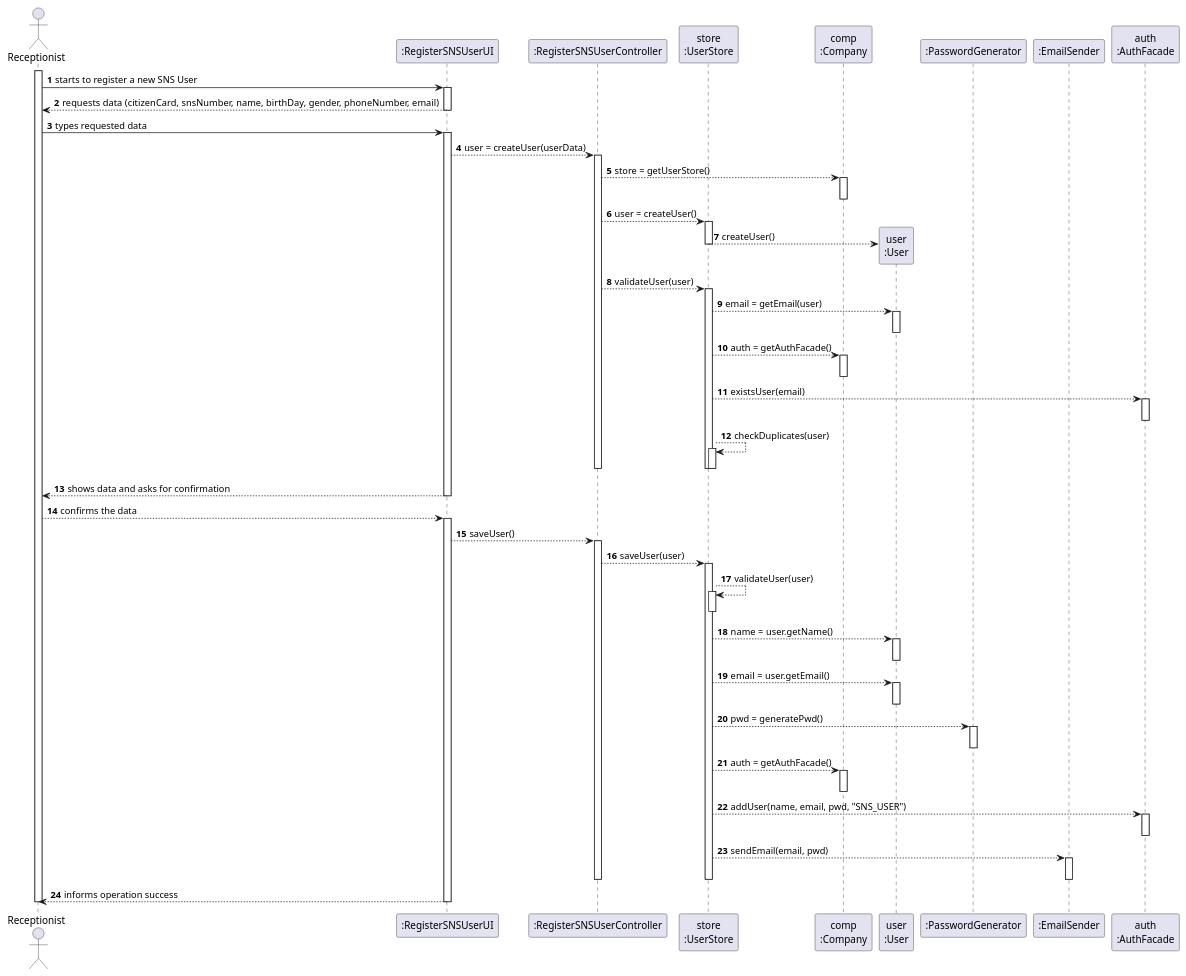
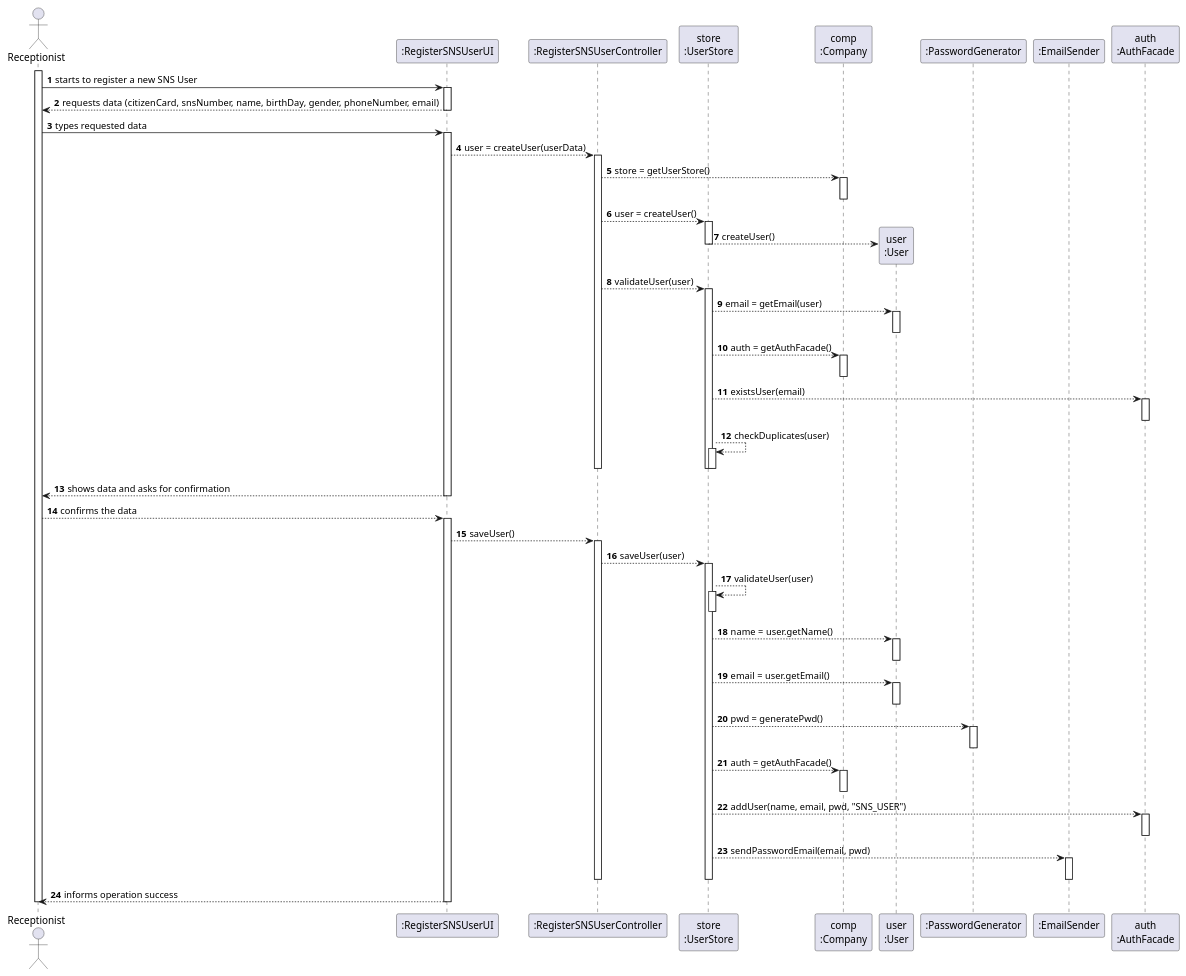
Before and after one commit to miseEnPlace-i/lapr2: the diagram in docs/SprintB/US03/SD/US03_SD.puml, drawn with PlantUML. The commit also changed 3 other files, not shown here.

```diff
--- a/docs/SprintB/US03/SD/US03_SD.puml
+++ b/docs/SprintB/US03/SD/US03_SD.puml
@@ -1,110 +1,110 @@
 @startuml Sequence Diagram
 autonumber
 'hide footbox
 actor "Receptionist" as RECEPT
 
 participant ":RegisterSNSUserUI" as UI
 participant ":RegisterSNSUserController" as CTRL
 participant "store\n:UserStore" as STORE
 participant "comp\n:Company" as COMP
 participant "user\n:User" as USER
 participant ":PasswordGenerator" as PWDGEN
 participant ":EmailSender" as EMAIL
 participant "auth\n:AuthFacade" as AUTH
 ' participant "lstSnsU\n:List<SNSUser>" as LIST
 
 activate RECEPT
 RECEPT -> UI : starts to register a new SNS User
 activate UI
 UI --> RECEPT : requests data (citizenCard, snsNumber, name, birthDay, gender, phoneNumber, email)
 deactivate UI
 
 RECEPT -> UI : types requested data
 activate UI
 
 UI --> CTRL : user = createUser(userData)
 activate CTRL
 
 CTRL --> COMP : store = getUserStore()
 activate COMP
 deactivate COMP
 
 CTRL --> STORE : user = createUser()
 activate STORE
 
 STORE --> USER** : createUser()
 
 deactivate STORE
 
 CTRL --> STORE : validateUser(user)
 activate STORE
 
 STORE --> USER : email = getEmail(user)
 activate USER
 deactivate USER
 
 STORE --> COMP : auth = getAuthFacade()
 activate COMP
 deactivate COMP
 
 STORE --> AUTH : existsUser(email)
 activate AUTH
 deactivate AUTH
 
 STORE --> STORE : checkDuplicates(user)
 activate STORE
 deactivate STORE
 
 deactivate STORE
 deactivate CTRL
 
 UI --> RECEPT : shows data and asks for confirmation
 deactivate UI
 
 
 RECEPT --> UI : confirms the data
 activate UI
 
 UI --> CTRL : saveUser()
 activate CTRL
 
 CTRL --> STORE : saveUser(user)
 activate STORE
 
 STORE --> STORE : validateUser(user)
 activate STORE
 deactivate STORE
 
 STORE --> USER : name = user.getName()
 activate USER
 deactivate USER
 
 STORE --> USER : email = user.getEmail()
 activate USER
 deactivate USER
 
 STORE --> PWDGEN : pwd = generatePwd()
 activate PWDGEN
 deactivate PWDGEN
 
 STORE --> COMP : auth = getAuthFacade()
 activate COMP
 deactivate COMP
 
 STORE --> AUTH : addUser(name, email, pwd, "SNS_USER")
 activate AUTH
 deactivate AUTH
 
-STORE --> EMAIL : sendEmail(email, pwd)
+STORE --> EMAIL : sendPasswordEmail(email, pwd)
 activate EMAIL
 deactivate EMAIL
 
 deactivate STORE
 deactivate CTRL
 
 UI --> RECEPT : informs operation success
 deactivate UI
 
 deactivate RECEPT
 
 @enduml
```
